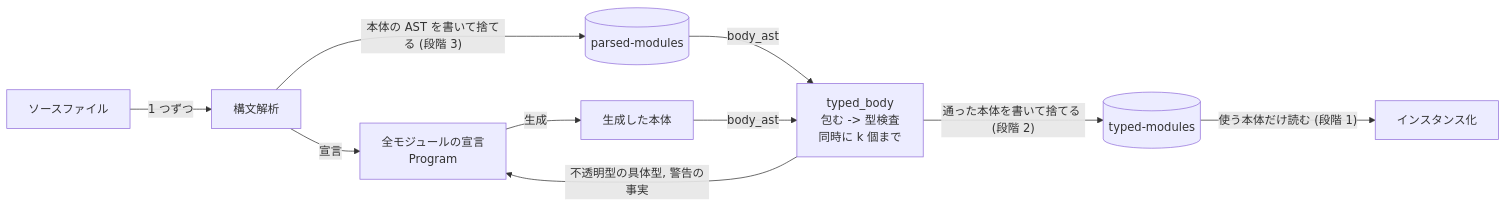
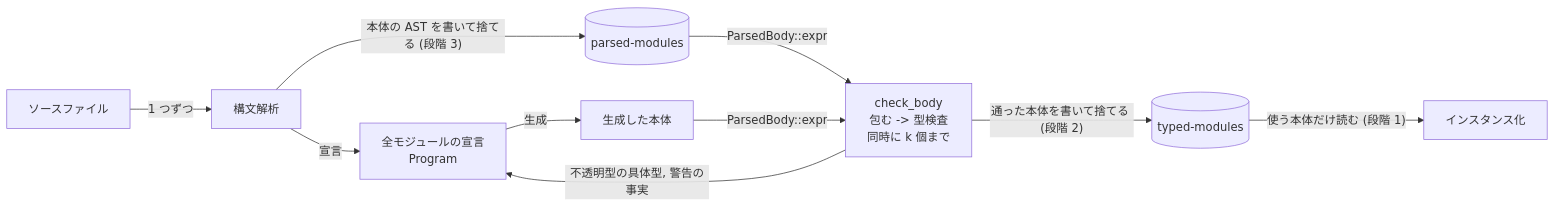
The first of 2 diagrams in dev-docs/2026-11-03-split-decl-body/README.md (tttmmmyyyy/fixlang), drawn with Mermaid before and after one commit. The commit also changed other lines of this file, not shown here.

First line of the commit message:
Describe the files of parsed bodies and the body types as built

````diff
--- a/dev-docs/2026-11-03-split-decl-body/README.md
+++ b/dev-docs/2026-11-03-split-decl-body/README.md
@@ -86,12 +86,12 @@
 ```mermaid
 flowchart LR
     src[ソースファイル] -- 1 つずつ --> parse[構文解析]
     parse -- 宣言 --> decl[全モジュールの宣言<br/>Program]
     decl -- 生成 --> gen[生成した本体]
     parse -- "本体の AST を書いて捨てる (段階 3)" --> pm[(parsed-modules)]
-    pm -- body_ast --> tb["typed_body<br/>包む -> 型検査<br/>同時に k 個まで"]
-    gen -- body_ast --> tb
+    pm -- "ParsedBody::expr" --> tb["check_body<br/>包む -> 型検査<br/>同時に k 個まで"]
+    gen -- "ParsedBody::expr" --> tb
     tb -- 不透明型の具体型, 警告の事実 --> decl
     tb -- "通った本体を書いて捨てる (段階 2)" --> tm[(typed-modules)]
     tm -- "使う本体だけ読む (段階 1)" --> inst[インスタンス化]
 ```
````
